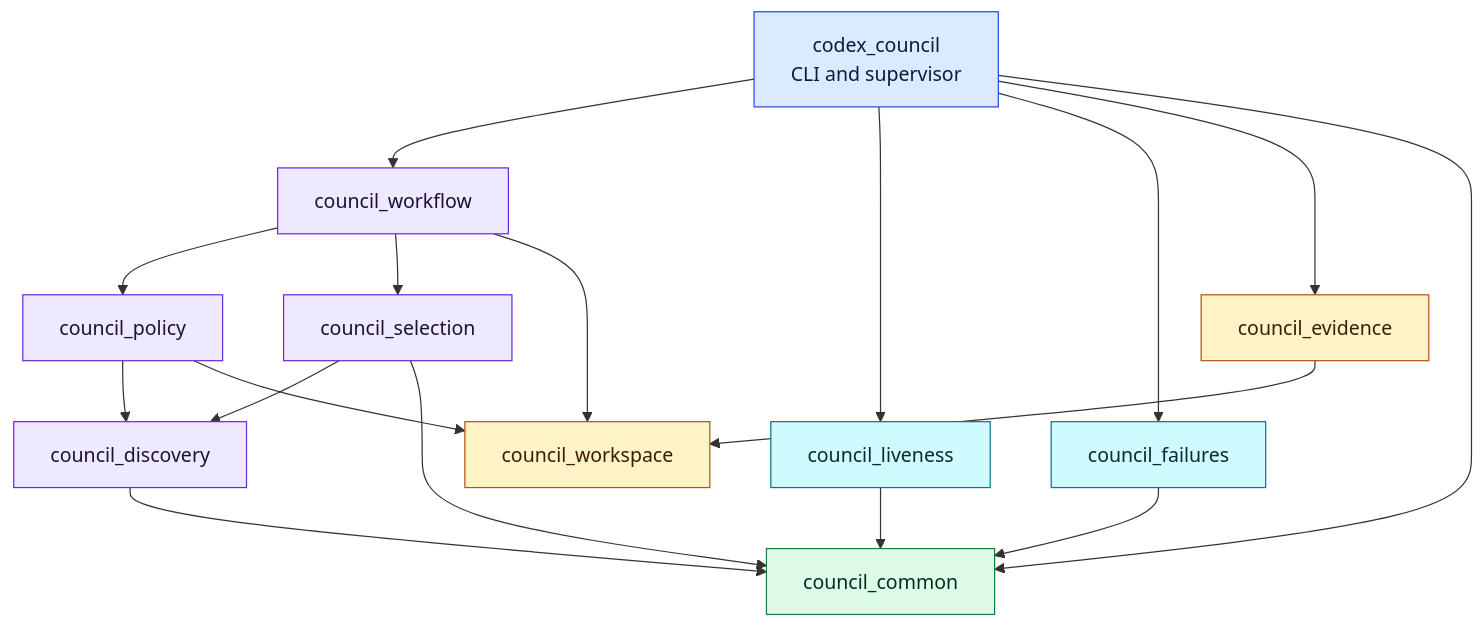
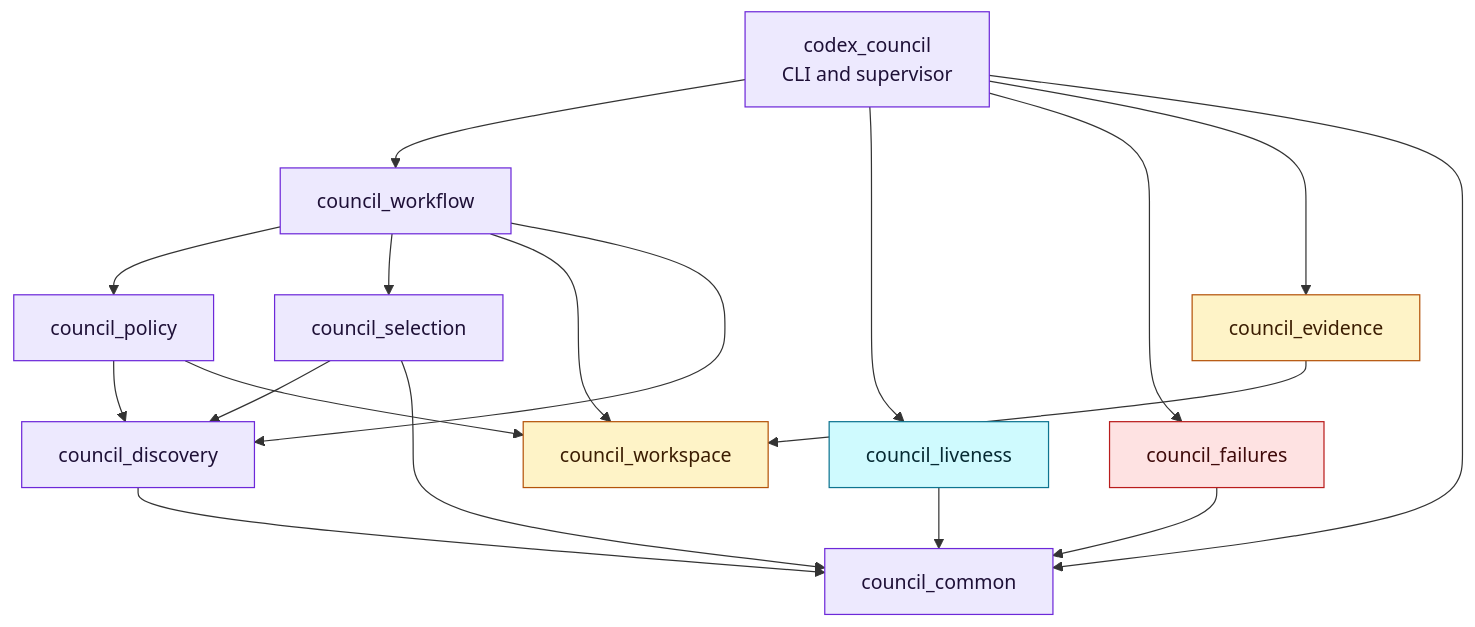
Before and after one commit to ehzawad/codex-council: the third of 3 diagrams in DESIGN.md, drawn with Mermaid. The commit also changed other lines of this file and 3 other files, not shown here.

First line of the commit message:
Fix module-diagram palette and edges, recapture loop, removal command and two stale comments

````diff
--- a/DESIGN.md
+++ b/DESIGN.md
@@ -261,41 +261,40 @@
 ```mermaid
 flowchart TD
     Entry["codex_council<br/>CLI and supervisor"]
     Workflow["council_workflow"]
     Liveness["council_liveness"]
     Failures["council_failures"]
     Evidence["council_evidence"]
     Policy["council_policy"]
     Selection["council_selection"]
     Discovery["council_discovery"]
     Workspace["council_workspace"]
     Common["council_common"]
 
     Entry --> Workflow
     Entry --> Liveness
     Entry --> Failures
     Entry --> Evidence
     Entry --> Common
     Workflow --> Policy
     Workflow --> Selection
     Workflow --> Workspace
+    Workflow --> Discovery
     Policy --> Discovery
     Policy --> Workspace
     Selection --> Discovery
     Evidence --> Workspace
     Discovery --> Common
     Failures --> Common
     Liveness --> Common
     Selection --> Common
 
-    classDef host fill:#dbeafe,stroke:#1d4ed8,color:#0b1b3f
     classDef runner fill:#ede9fe,stroke:#6d28d9,color:#1e1037
-    classDef worker fill:#dcfce7,stroke:#15803d,color:#052e16
     classDef evidence fill:#fef3c7,stroke:#b45309,color:#3b1d02
     classDef observer fill:#cffafe,stroke:#0e7490,color:#062a33
-    class Entry host
-    class Workflow,Selection,Discovery,Policy runner
+    classDef failure fill:#fee2e2,stroke:#b91c1c,color:#3f0a0a
+    class Entry,Workflow,Selection,Discovery,Policy,Common runner
     class Workspace,Evidence evidence
-    class Liveness,Failures observer
-    class Common worker
+    class Liveness observer
+    class Failures failure
 ```
````
